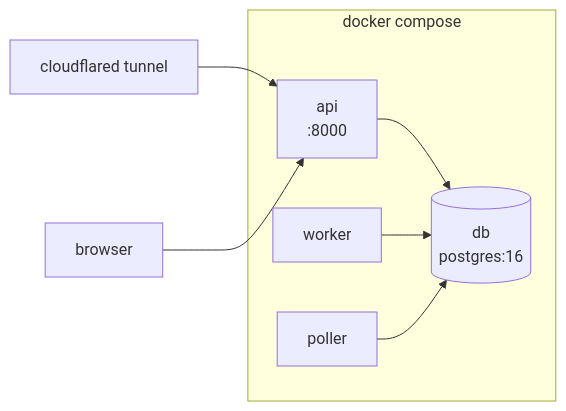
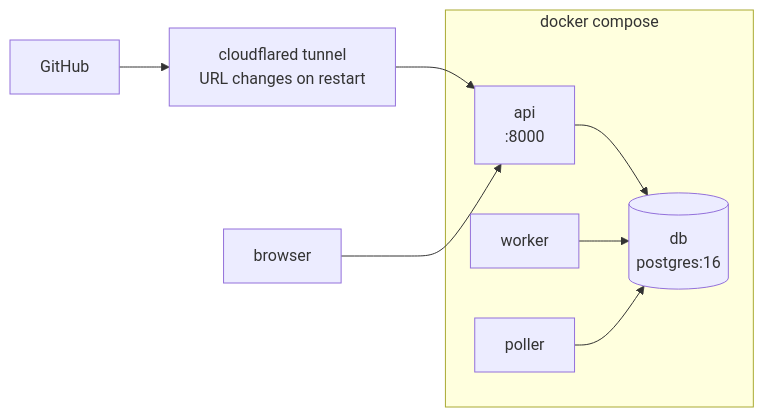
The first of 2 diagrams in docs/09-operations.md (taxpon/sentinel), drawn with Mermaid before and after one commit. The commit also changed other lines of this file and 7 other files, not shown here.

````diff
--- a/docs/09-operations.md
+++ b/docs/09-operations.md
@@ -45,14 +59,15 @@
 ```mermaid
 flowchart LR
-    T["cloudflared tunnel"] --> API
+    GH["GitHub"] --> T
+    T["cloudflared tunnel<br/>URL changes on restart"] --> API
     subgraph C["docker compose"]
         API["api<br/>:8000"]
         WRK["worker"]
         POL["poller"]
         DB[("db<br/>postgres:16")]
     end
     API --> DB
     WRK --> DB
     POL --> DB
     B["browser"] --> API
 ```
````
